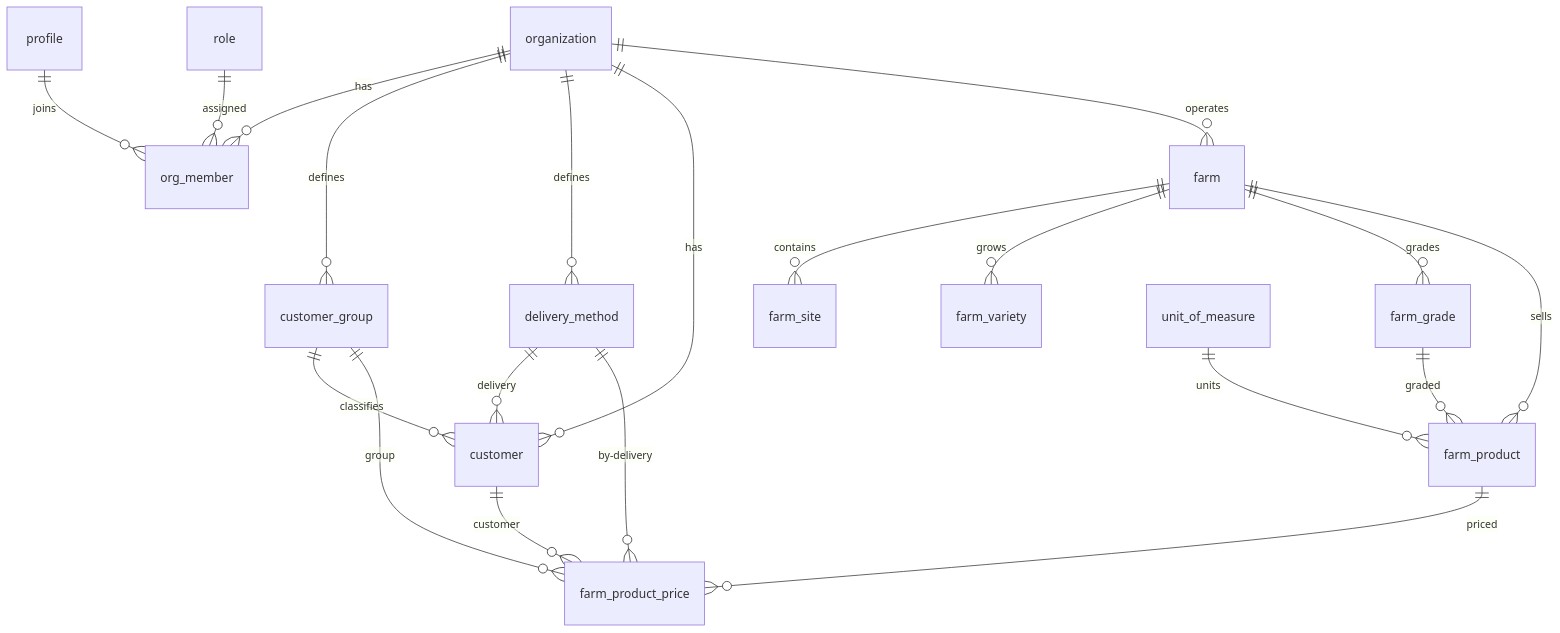
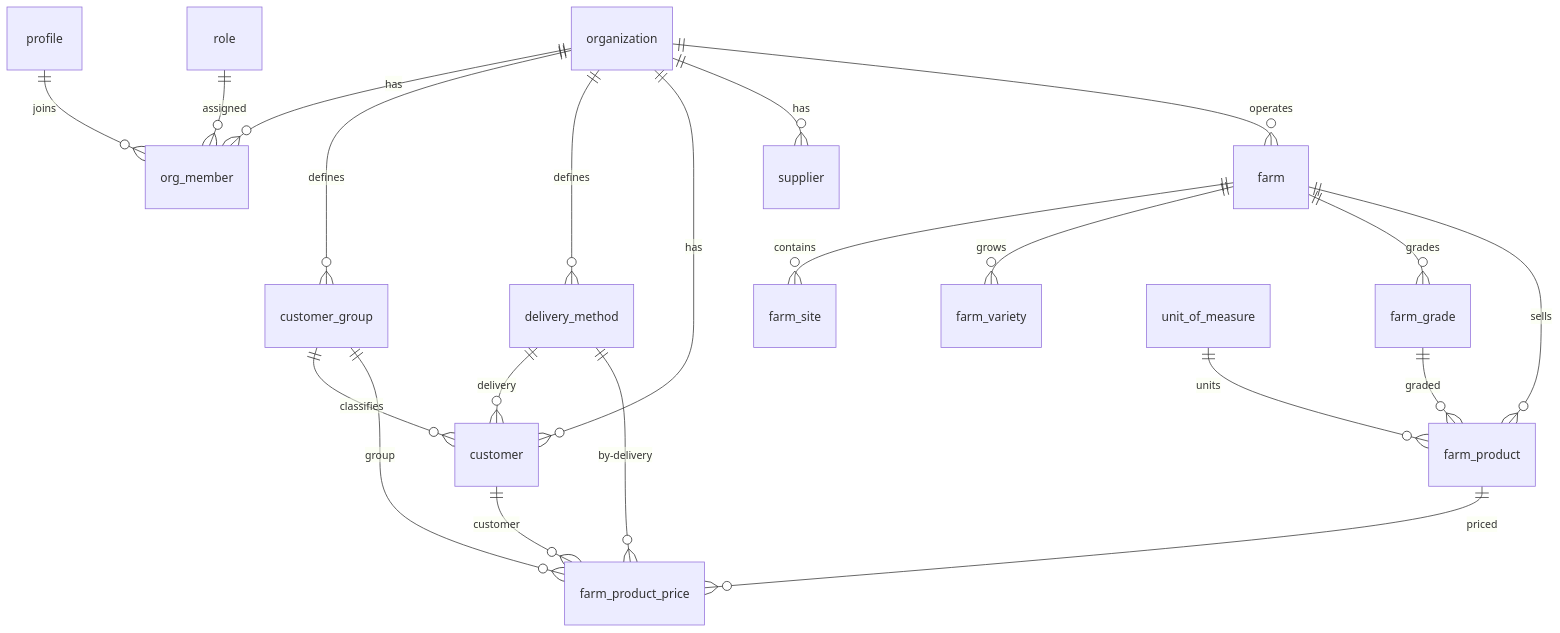
The diagram in docs/schemas/core.md (Hawaii-Farming/aloha-app), drawn with Mermaid before and after one commit. The commit also changed other lines of this file and 2 other files, not shown here.

````diff
--- a/docs/schemas/core.md
+++ b/docs/schemas/core.md
@@ -7,22 +7,23 @@
 ```mermaid
 erDiagram
     organization ||--o{ org_member : has
     profile ||--o{ org_member : joins
     role ||--o{ org_member : assigned
     organization ||--o{ customer_group : defines
     organization ||--o{ delivery_method : defines
     organization ||--o{ customer : has
     customer_group ||--o{ customer : classifies
     delivery_method ||--o{ customer : delivery
+    organization ||--o{ supplier : has
     organization ||--o{ farm : operates
     farm ||--o{ farm_site : contains
     farm ||--o{ farm_variety : grows
     farm ||--o{ farm_grade : grades
     farm ||--o{ farm_product : sells
     farm_grade ||--o{ farm_product : graded
     unit_of_measure ||--o{ farm_product : units
     farm_product ||--o{ farm_product_price : priced
     delivery_method ||--o{ farm_product_price : by-delivery
     customer ||--o{ farm_product_price : customer
     customer_group ||--o{ farm_product_price : group
 ```
````
